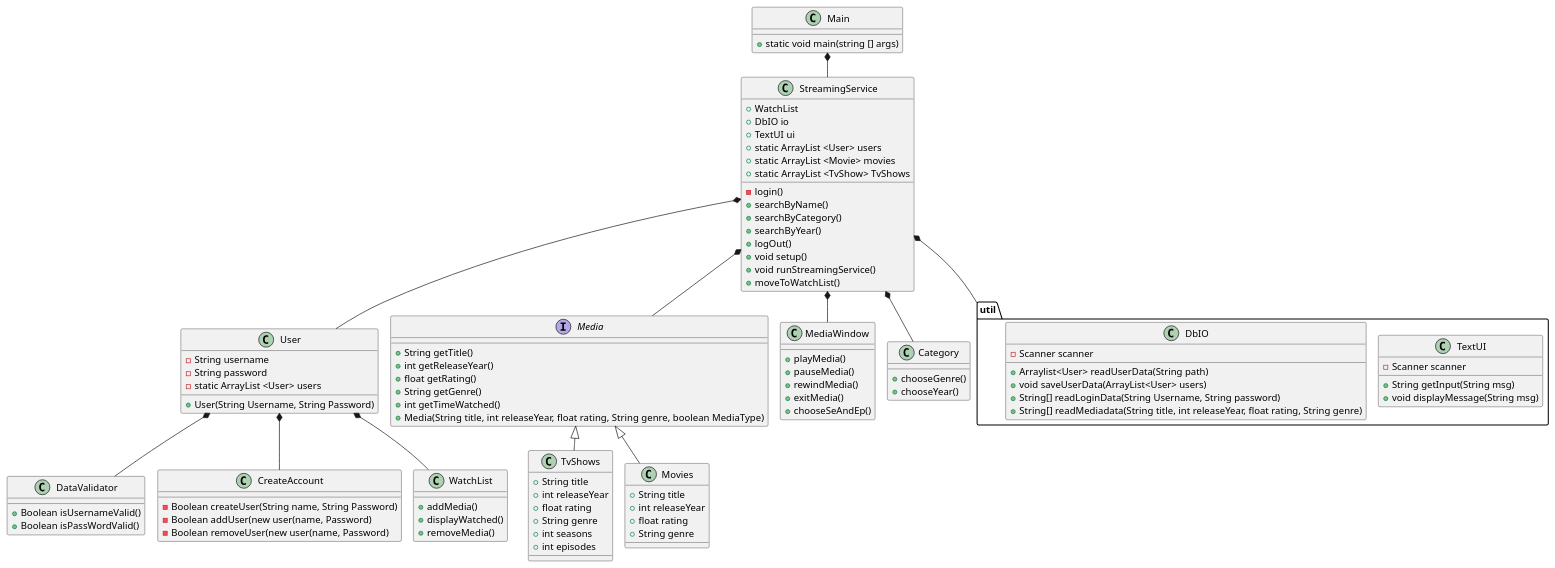
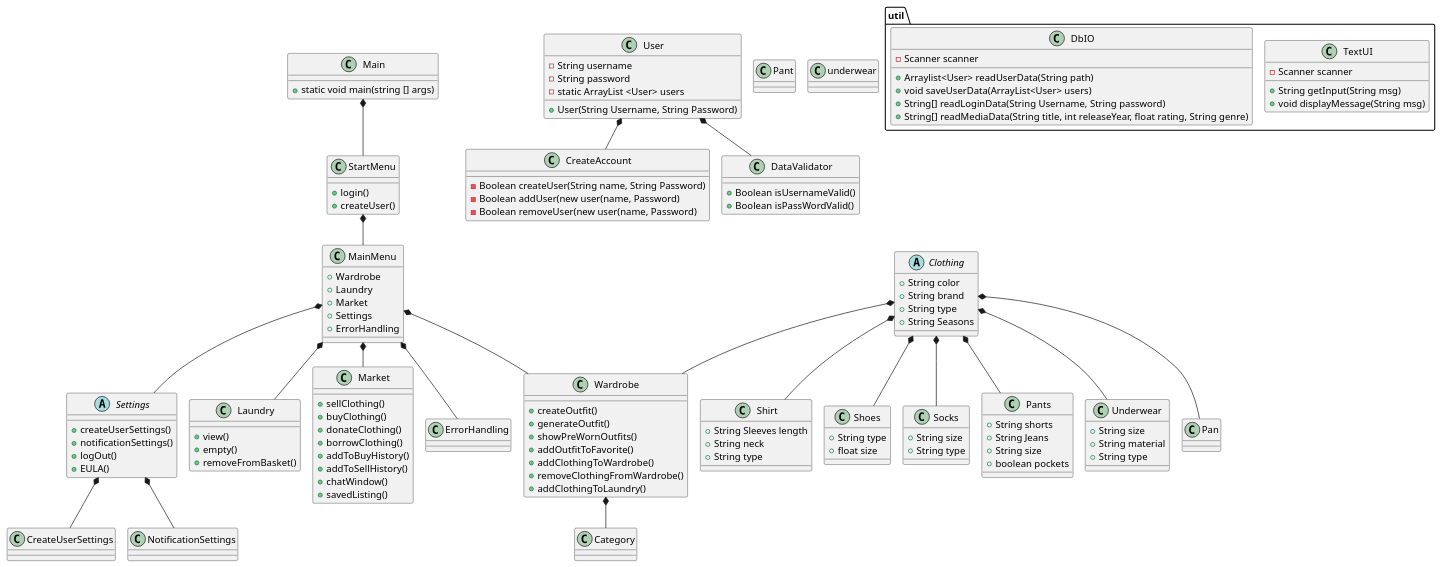
One commit to PatrickPlease/ICE-Please changed the diagram in doc/static/ClassDiagram.puml. Above: the diagram before and after it, drawn with PlantUML.

Commit message:
klassediagram

```diff
--- a/doc/static/ClassDiagram.puml
+++ b/doc/static/ClassDiagram.puml
@@ -1,121 +1,149 @@
 @startuml
 'Domænemodellen giver nye entity klasser
 'Pakker, model og util
 !pragma layout smetana
 
 class Main
+class StartMenu
+class MainMenu
+
+class CreateAccount
 class User
 class DataValidator
-class CreateAccount
-class WatchList
-interface Media
-class TvShows
-class Movies
-class MediaWindow
+
+Abstract Settings
+
+class Laundry
+class Market
+class Wardrobe
+class ErrorHandling
 class Category
-class StreamingService
 
+class CreateUserSettings
+class NotificationSettings
+
+Abstract Clothing
+class Pant
+class Shirt
+class Shoes
+class Socks
+class underwear
 
 package "util"{
        class TextUI
        class DbIO
        }
+Main *-- StartMenu
+StartMenu *-- MainMenu
+MainMenu *-- Settings
+MainMenu *-- Laundry
+MainMenu *-- Market
+MainMenu *-- Wardrobe
+MainMenu *-- ErrorHandling
+Wardrobe *-- Category
 
-Main *-- StreamingService
-StreamingService *-- User
 User *-- DataValidator
 User *-- CreateAccount
-User *-- WatchList
-StreamingService *-- Media
-Media <|-- Movies
-Media <|-- TvShows
-StreamingService *-- MediaWindow
-StreamingService *-- util
-StreamingService *-- Category
+Settings *-- CreateUserSettings
+Settings *-- NotificationSettings
+Clothing *-- Wardrobe
+Clothing *-- Shoes
+Clothing *-- Shirt
+Clothing *-- Pants
+Clothing *-- Socks
+Clothing *-- Underwear
+Clothing *-- Pan
+
+StartMenu : + login()
+StartMenu : + createUser()
+
+MainMenu : + Wardrobe
+MainMenu : + Laundry
+MainMenu : + Market
+MainMenu : + Settings
+MainMenu : + ErrorHandling
+
+Clothing : + String color
+Clothing : + String brand
+Clothing : + String type
+Clothing : + String Seasons
+
+Shoes : + String type
+Shoes : + float size
+
+Shirt : + String Sleeves length
+Shirt : + String neck
+Shirt : + String type
+
+Pants : + String shorts
+Pants : + String Jeans
+Pants : + String size
+Pants : + boolean pockets
+
+Socks : + String size
+Socks : + String type
+
+Underwear : + String size
+Underwear : + String material
+Underwear : + String type
+
+Market : + sellClothing()
+Market : + buyClothing()
+Market : + donateClothing()
+Market : + borrowClothing()
+Market : + addToBuyHistory()
+Market : + addToSellHistory()
+Market : + chatWindow()
+Market : + savedListing()
+
+Wardrobe : + createOutfit()
+Wardrobe : + generateOutfit()
+Wardrobe : + showPreWornOutfits()
+Wardrobe : + addOutfitToFavorite()
+Wardrobe : + addClothingToWardrobe()
+Wardrobe : + removeClothingFromWardrobe()
+Wardrobe : + addClothingToLaundry()
+
+Settings : + createUserSettings()
+Settings : + notificationSettings()
+Settings : + logOut()
+Settings : + EULA()
+
+Laundry : + view()
+Laundry : + empty()
+Laundry : + removeFromBasket()
+
 
 Main : + static void main(string [] args)
-
-
-StreamingService : + WatchList
-StreamingService : + DbIO io
-StreamingService : + TextUI ui
-StreamingService : + static ArrayList <User> users
-StreamingService : + static ArrayList <Movie> movies
-StreamingService : + static ArrayList <TvShow> TvShows
-'---_new-----
-StreamingService : - login()
-StreamingService : + searchByName()
-StreamingService : + searchByCategory()
-StreamingService : + searchByYear()
-StreamingService : + logOut()
-StreamingService : + void setup()
-StreamingService : + void runStreamingService()
-StreamingService : + moveToWatchList()
-'-----------
 
 User : - String username
 User : - String password
 User : - static ArrayList <User> users
 '---_new-----
 User : + User(String Username, String Password)
-
 '-----------
 
 '---_new-----
 DataValidator : + Boolean isUsernameValid()
 DataValidator : + Boolean isPassWordValid()
 '-----------
 
 CreateAccount : - Boolean createUser(String name, String Password)
 CreateAccount : - Boolean addUser(new user(name, Password)
 CreateAccount : - Boolean removeUser(new user(name, Password)
 
 
-WatchList : + addMedia()
-WatchList : + displayWatched()
-WatchList : + removeMedia()
+DbIO : - Scanner scanner
 
-
-Media : + String getTitle()
-Media : + int getReleaseYear()
-Media : + float getRating()
-Media : + String getGenre()
-Media : + int getTimeWatched()
-'---_new-----
-Media : + Media(String title, int releaseYear, float rating, String genre, boolean MediaType)
-'-----------
-
-TvShows : + String title
-TvShows : + int releaseYear
-TvShows : + float rating
-TvShows : + String genre
-TvShows : + int seasons
-TvShows : + int episodes
-
-Movies : + String title
-Movies : + int releaseYear
-Movies : + float rating
-Movies : + String genre
-
-MediaWindow : + playMedia()
-MediaWindow : + pauseMedia()
-MediaWindow : + rewindMedia()
-MediaWindow : + exitMedia()
-MediaWindow : + chooseSeAndEp()
-
-Category : + chooseGenre()
-Category : + chooseYear()
-
-DbIO : - Scanner scanner
 '---_new-----
 DbIO : + Arraylist<User> readUserData(String path)
 DbIO : + void saveUserData(ArrayList<User> users)
 DbIO : + String[] readLoginData(String Username, String password)
-DbIO : + String[] readMediadata(String title, int releaseYear, float rating, String genre)
+DbIO : + String[] readMediaData(String title, int releaseYear, float rating, String genre)
 '-----------
 
 TextUI : + String getInput(String msg)
 TextUI : - Scanner scanner
 TextUI : + void displayMessage(String msg)
 
 @enduml
```
